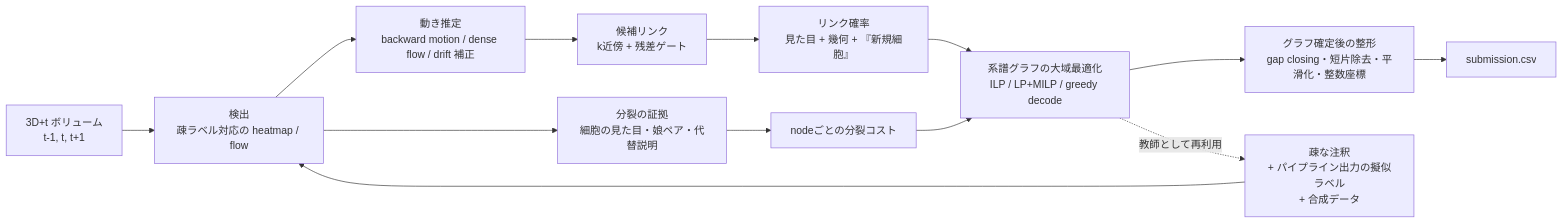
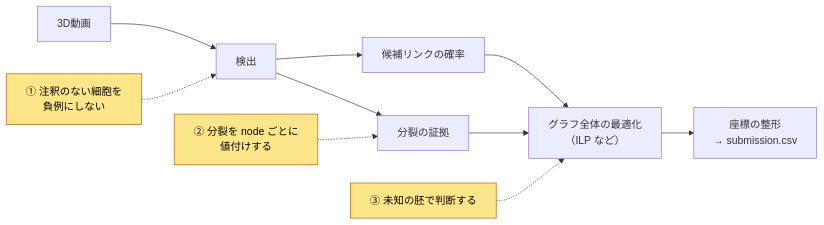
One commit to marumarukun/kaggle-solutions changed the first of 2 diagrams in solutions/202609-biohub-cell-tracking-during-development/article.md. Above: the diagram before and after it, drawn with Mermaid. The commit also changed other lines of this file, not shown here.

````diff
--- a/solutions/202609-biohub-cell-tracking-during-development/article.md
+++ b/solutions/202609-biohub-cell-tracking-during-development/article.md
@@ -89,15 +49,13 @@
 ```mermaid
 flowchart LR
-    V["3D+t ボリューム<br/>t-1, t, t+1"] --> D["検出<br/>疎ラベル対応の heatmap / flow"]
-    L["疎な注釈<br/>+ パイプライン出力の擬似ラベル<br/>+ 合成データ"] --> D
-    D --> M["動き推定<br/>backward motion / dense flow / drift 補正"]
-    M --> C["候補リンク<br/>k近傍 + 残差ゲート"]
-    C --> P["リンク確率<br/>見た目 + 幾何 + 『新規細胞』"]
-    D --> E["分裂の証拠<br/>細胞の見た目・娘ペア・代替説明"]
-    E --> Q["nodeごとの分裂コスト"]
-    P --> O["系譜グラフの大域最適化<br/>ILP / LP+MILP / greedy decode"]
-    Q --> O
-    O --> R["グラフ確定後の整形<br/>gap closing・短片除去・平滑化・整数座標"]
-    R --> S["submission.csv"]
-    O -. "教師として再利用" .-> L
+    V["3D動画"] --> D["検出"]
+    D --> L["候補リンクの確率"]
+    D --> E["分裂の証拠"]
+    L --> O["グラフ全体の最適化<br/>（ILP など）"]
+    E --> O
+    O --> R["座標の整形<br/>→ submission.csv"]
+    A["① 注釈のない細胞を<br/>負例にしない"]:::key -.-> D
+    B["② 分裂を node ごとに<br/>値付けする"]:::key -.-> E
+    C["③ 未知の胚で判断する"]:::key -.-> O
+    classDef key fill:#fde68a,stroke:#b45309,color:#000
 ```
````
